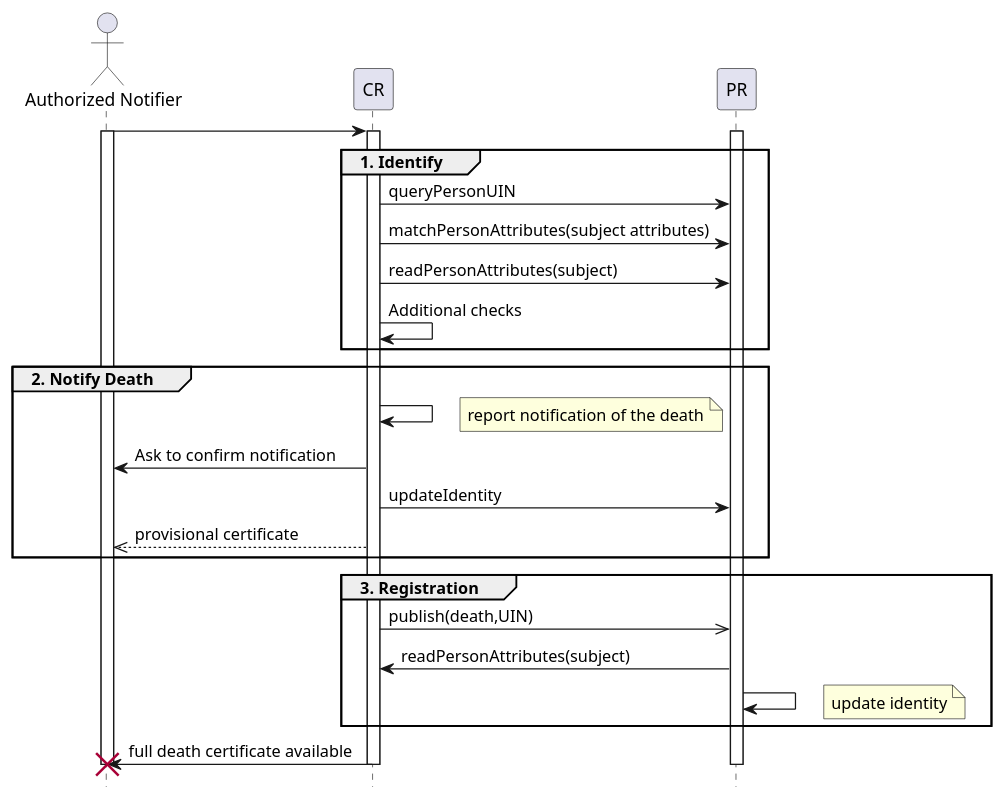
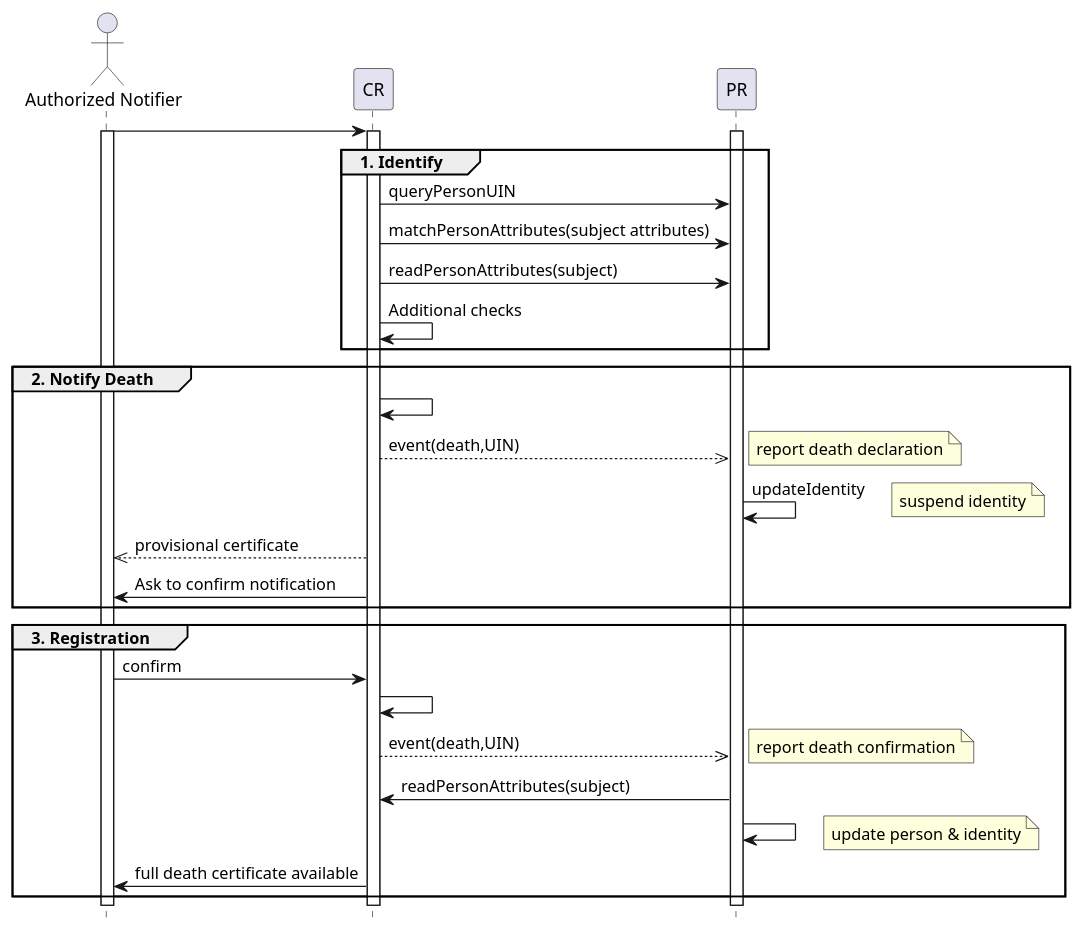
Before and after one commit to SecureIdentityAlliance/osia: the second of 10 diagrams in src/doc/02 - functional.rst, drawn with PlantUML. The commit also changed other lines of this file, not shown here.

Commit message:
Clarify use cases for birth, death, and credentials issuance

```diff
--- a/src/doc/02 - functional.rst
+++ b/src/doc/02 - functional.rst
@@ -323,41 +333,46 @@
 .. uml::
     :caption: Death Use Case
     :scale: 50%
 
     hide footbox
     
     actor "Authorized Notifier" as notifier
     participant "CR" as CR
     participant "PR" as PR
 
     notifier -> CR
     activate notifier
     activate CR
     activate PR
 
     group 1. Identify
         CR -> PR: queryPersonUIN
         CR -> PR: matchPersonAttributes(subject attributes)
         CR -> PR: readPersonAttributes(subject)
         CR -> CR: Additional checks
     end
 
     group 2. Notify Death
         CR -> CR
-        note right: report notification of the death
+        CR -->> PR: event(death,UIN)
+        note right: report death declaration
+        PR -> PR: updateIdentity
+        note right: suspend identity
+        CR -->> notifier: provisional certificate
         CR -> notifier: Ask to confirm notification
-        CR -> PR: updateIdentity
-        CR -->> notifier: provisional certificate
     end
 
     group 3. Registration
-        CR ->> PR: publish(death,UIN)      
+        notifier -> CR: confirm
+        CR -> CR
+        CR -->> PR: event(death,UIN)
+        note right: report death confirmation
         PR -> CR: readPersonAttributes(subject)
         PR -> PR
-        note right: update identity
+        note right: update person & identity
+        CR -> notifier: full death certificate available
     end
 
-    CR -> notifier: full death certificate available
     deactivate PR
     deactivate CR
-    destroy notifier
+    deactivate notifier
```
